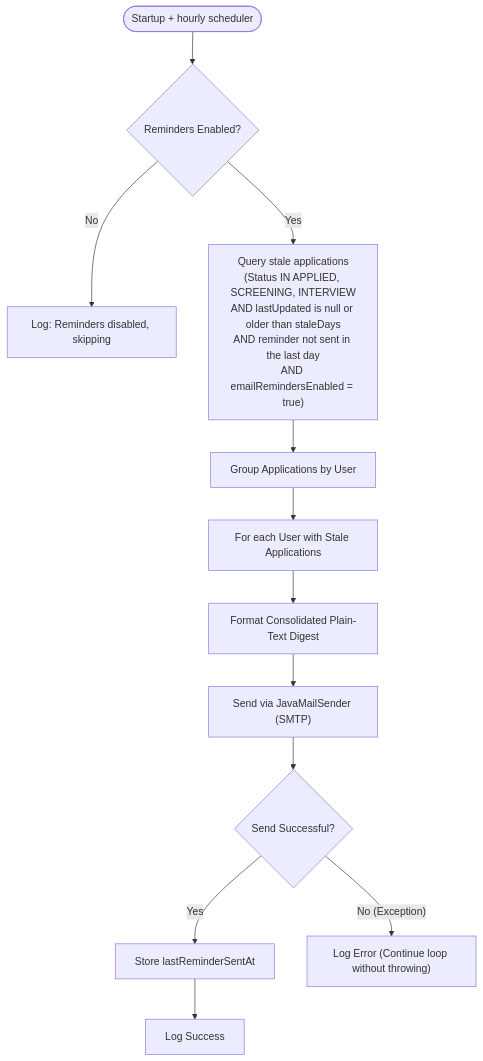
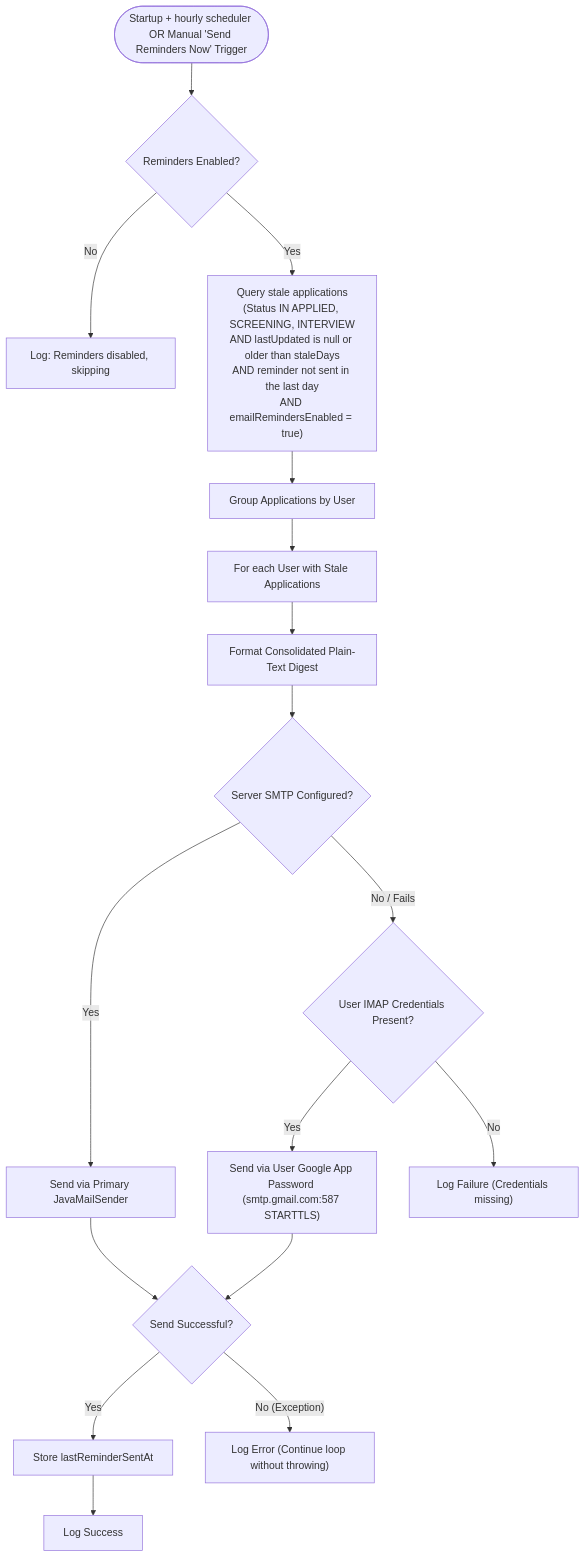
The third of 6 diagrams in docs/ARCHITECTURE.md (pbanakar/huntlog), drawn with Mermaid before and after one commit. The commit also changed other lines of this file and 8 other files, not shown here.

Commit message:
fix(reminders): resolve staleness timestamp calculation, add SMTP fallback, and streamline table columns

````diff
--- a/docs/ARCHITECTURE.md
+++ b/docs/ARCHITECTURE.md
@@ -156,16 +156,21 @@
 ```mermaid
 flowchart TD
-    Scheduler(["Startup + hourly scheduler"]) --> CheckEnabled{"Reminders Enabled?"}
+    Scheduler(["Startup + hourly scheduler OR Manual 'Send Reminders Now' Trigger"]) --> CheckEnabled{"Reminders Enabled?"}
     CheckEnabled -- No --> LogSkip["Log: Reminders disabled, skipping"]
     CheckEnabled -- Yes --> QueryDB["Query stale applications\n(Status IN APPLIED, SCREENING, INTERVIEW\nAND lastUpdated is null or older than staleDays\nAND reminder not sent in the last day\nAND emailRemindersEnabled = true)"]
     
     QueryDB --> GroupByUser["Group Applications by User"]
     GroupByUser --> IterateUsers["For each User with Stale Applications"]
     
     IterateUsers --> BuildEmail["Format Consolidated Plain-Text Digest"]
-    BuildEmail --> SendMail["Send via JavaMailSender (SMTP)"]
-    SendMail --> ErrorCatch{"Send Successful?"}
+    BuildEmail --> CheckMailSender{"Server SMTP Configured?"}
+    CheckMailSender -- Yes --> SendServerMail["Send via Primary JavaMailSender"]
+    CheckMailSender -- No / Fails --> CheckUserAppPass{"User IMAP Credentials Present?"}
+    CheckUserAppPass -- Yes --> SendUserMail["Send via User Google App Password (smtp.gmail.com:587 STARTTLS)"]
+    CheckUserAppPass -- No --> FailDispatch["Log Failure (Credentials missing)"]
+    SendServerMail --> ErrorCatch{"Send Successful?"}
+    SendUserMail --> ErrorCatch
     ErrorCatch -- Yes --> Track["Store lastReminderSentAt"]
     Track --> LogSuccess["Log Success"]
     ErrorCatch -- No (Exception) --> LogError["Log Error (Continue loop without throwing)"]
 ```
````
